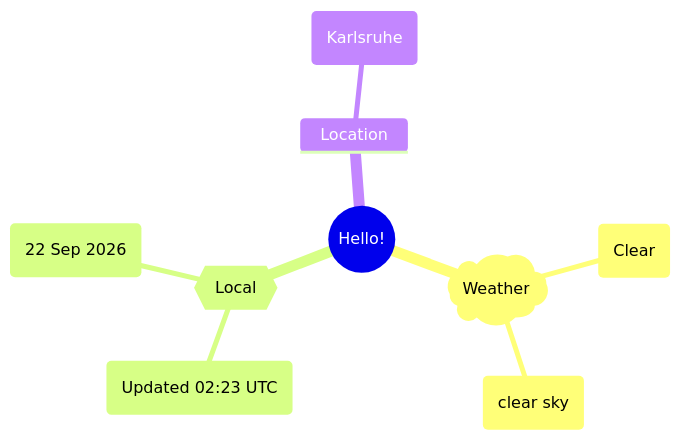
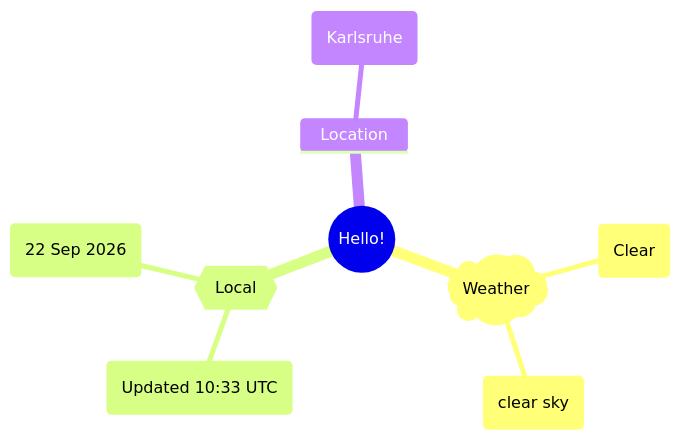
One commit to Xosrov/Xosrov changed the first of 2 diagrams in README.md. Above: the diagram before and after it, drawn with Mermaid.

Commit message:
[bot] updated images

````diff
--- a/README.md
+++ b/README.md
@@ -3,12 +3,12 @@
 ```mermaid
 mindmap
   root((Hello!))
     )Weather(
         (Clear)
         (clear sky)
     {{Local}}
-        (Updated 02:23 UTC)
+        (Updated 10:33 UTC)
         (22 Sep 2026)
     Location
         (Karlsruhe)
 ```
````
